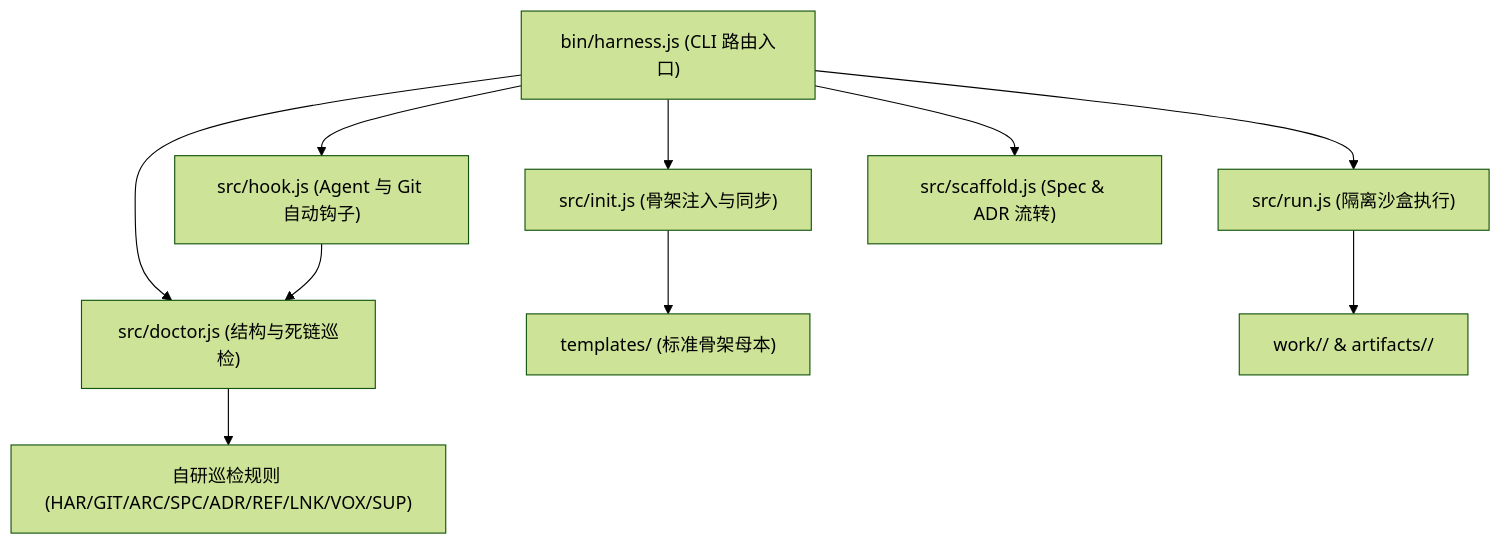
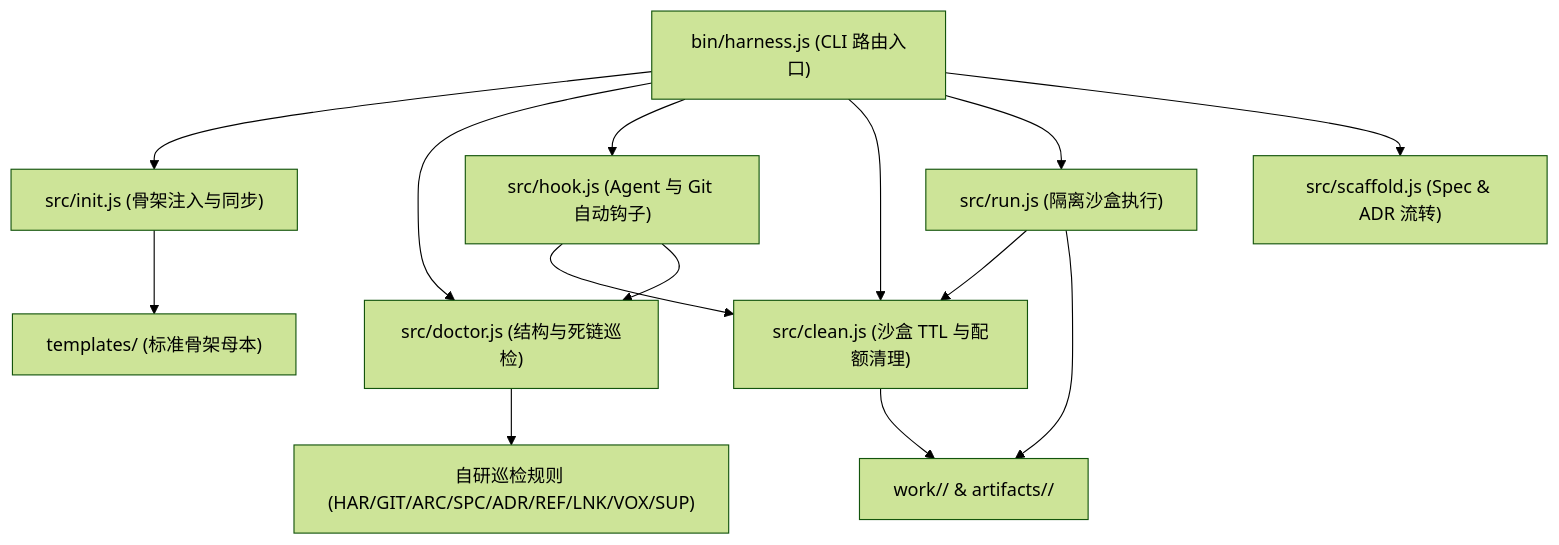
One commit to nanzhi84/yoryon-harness changed the first of 2 diagrams in docs/architecture/overview.md. Above: the diagram before and after it, drawn with Mermaid (forest theme). The commit also changed other lines of this file and 9 other files, not shown here.

Commit message:
feat(clean): add sandbox TTL cleanup hook and sync AGENTS/PROJECTS rules

````diff
--- a/docs/architecture/overview.md
+++ b/docs/architecture/overview.md
@@ -7,13 +7,17 @@
 ```mermaid
 flowchart TD
     CLI["bin/harness.js (CLI 路由入口)"] --> Init["src/init.js (骨架注入与同步)"]
     CLI --> Doctor["src/doctor.js (结构与死链巡检)"]
     CLI --> Hook["src/hook.js (Agent 与 Git 自动钩子)"]
+    CLI --> Clean["src/clean.js (沙盒 TTL 与配额清理)"]
     CLI --> Run["src/run.js (隔离沙盒执行)"]
     CLI --> Scaffold["src/scaffold.js (Spec & ADR 流转)"]
 
     Init --> Tpl["templates/ (标准骨架母本)"]
+    Hook --> Clean
     Hook --> Doctor
+    Run --> Clean
     Doctor --> Rules["自研巡检规则 (HAR/GIT/ARC/SPC/ADR/REF/LNK/VOX/SUP)"]
     Run --> Sandbox["work/<run-id>/ & artifacts/<run-id>/"]
+    Clean --> Sandbox
 ```
````
